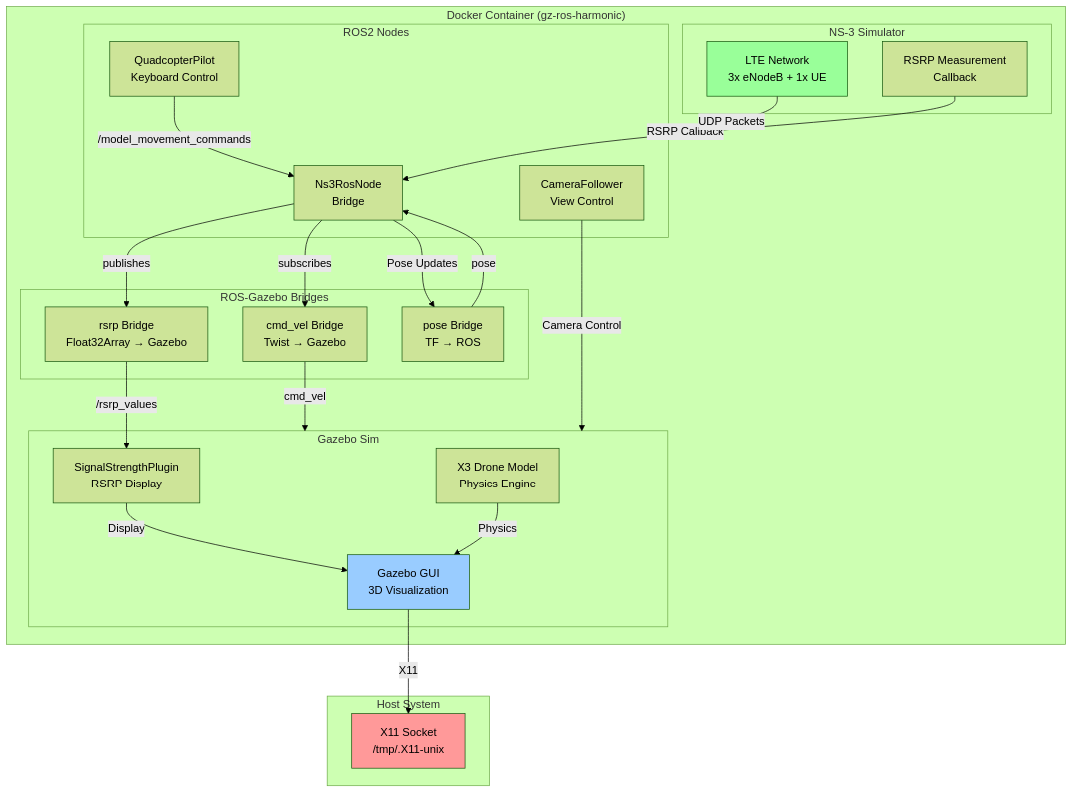
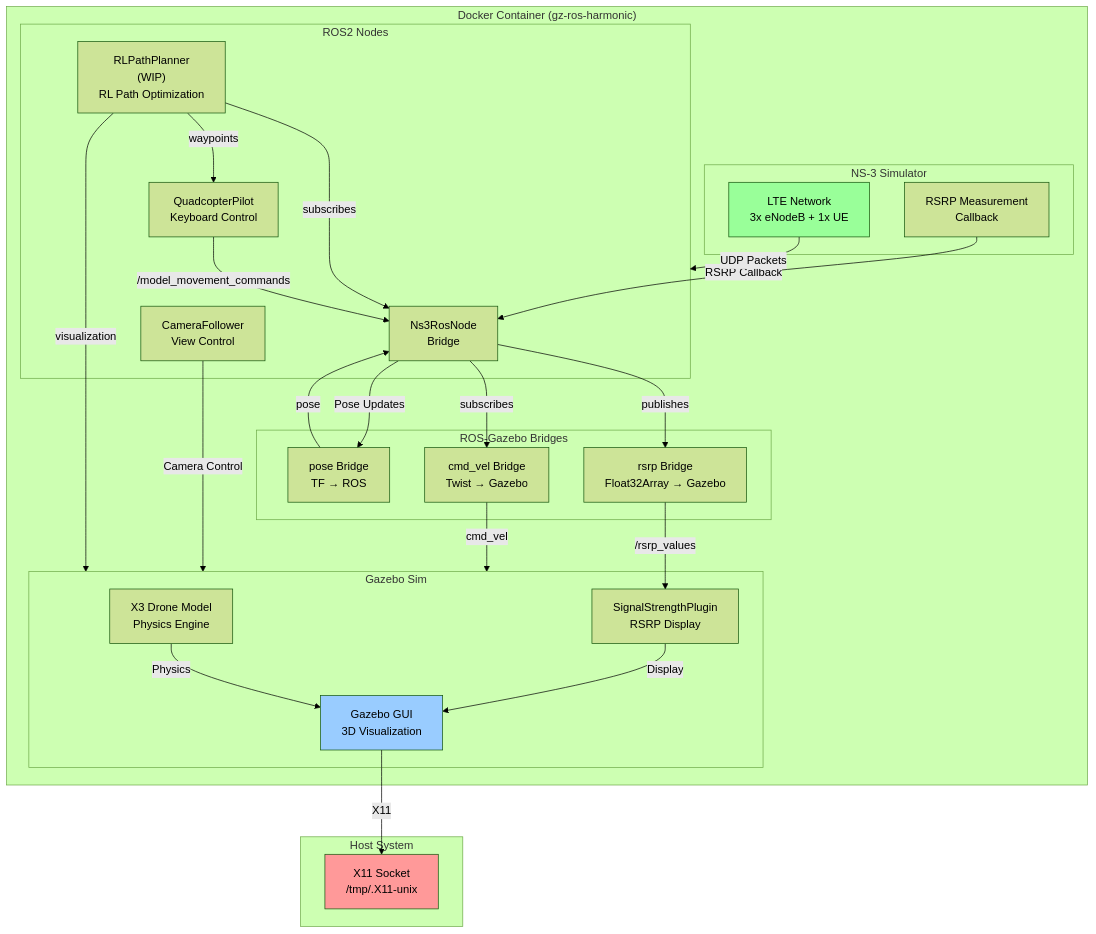
The diagram in README.md (Anoop-Grunt/lte-drone-simulation-ns3-gazebo-ros), drawn with Mermaid (forest theme) before and after one commit. The commit also changed other lines of this file, not shown here.

First line of the commit message:
Added reinforcement learning path planner script dertails to readme

````diff
--- a/README.md
+++ b/README.md
@@ -17,54 +17,58 @@
 ```mermaid
 graph TB
     subgraph Host["Host System"]
         X11["X11 Socket<br/>/tmp/.X11-unix"]
     end
     
     subgraph Docker["Docker Container (gz-ros-harmonic)"]
         subgraph NS3["NS-3 Simulator"]
             NS3_LTE["LTE Network<br/>3x eNodeB + 1x UE"]
             RSRP_TRACE["RSRP Measurement<br/>Callback"]
         end
         
         subgraph ROS["ROS2 Nodes"]
             NS3_ROS["Ns3RosNode<br/>Bridge"]
             QUAD_PILOT["QuadcopterPilot<br/>Keyboard Control"]
             CAMERA["CameraFollower<br/>View Control"]
+            RL_PLANNER["RLPathPlanner<br/>(WIP)<br/>RL Path Optimization"]
         end
         
         subgraph Bridges["ROS-Gazebo Bridges"]
             CMD_BRIDGE["cmd_vel Bridge<br/>Twist → Gazebo"]
             POSE_BRIDGE["pose Bridge<br/>TF → ROS"]
             RSRP_BRIDGE["rsrp Bridge<br/>Float32Array → Gazebo"]
         end
         
         subgraph Gazebo["Gazebo Sim"]
             DRONE["X3 Drone Model<br/>Physics Engine"]
             SIGNAL_PLUGIN["SignalStrengthPlugin<br/>RSRP Display"]
             GUI["Gazebo GUI<br/>3D Visualization"]
         end
         
         NS3_LTE -->|UDP Packets| ROS
         RSRP_TRACE -->|RSRP Callback| NS3_ROS
         
         NS3_ROS -->|publishes| RSRP_BRIDGE
         NS3_ROS -->|subscribes| CMD_BRIDGE
         NS3_ROS -->|Pose Updates| POSE_BRIDGE
         
         QUAD_PILOT -->|/model_movement_commands| NS3_ROS
         CAMERA -->|Camera Control| Gazebo
+        RL_PLANNER -->|subscribes| NS3_ROS
+        RL_PLANNER -->|waypoints| QUAD_PILOT
+        RL_PLANNER -->|visualization| Gazebo
         
         CMD_BRIDGE -->|cmd_vel| Gazebo
         POSE_BRIDGE -->|pose| NS3_ROS
         RSRP_BRIDGE -->|/rsrp_values| SIGNAL_PLUGIN
         
         SIGNAL_PLUGIN -->|Display| GUI
         DRONE -->|Physics| GUI
         
         GUI -->|X11| X11
     end
     
     style X11 fill:#ff9999
     style GUI fill:#99ccff
     style NS3_LTE fill:#99ff99
 ```
````
